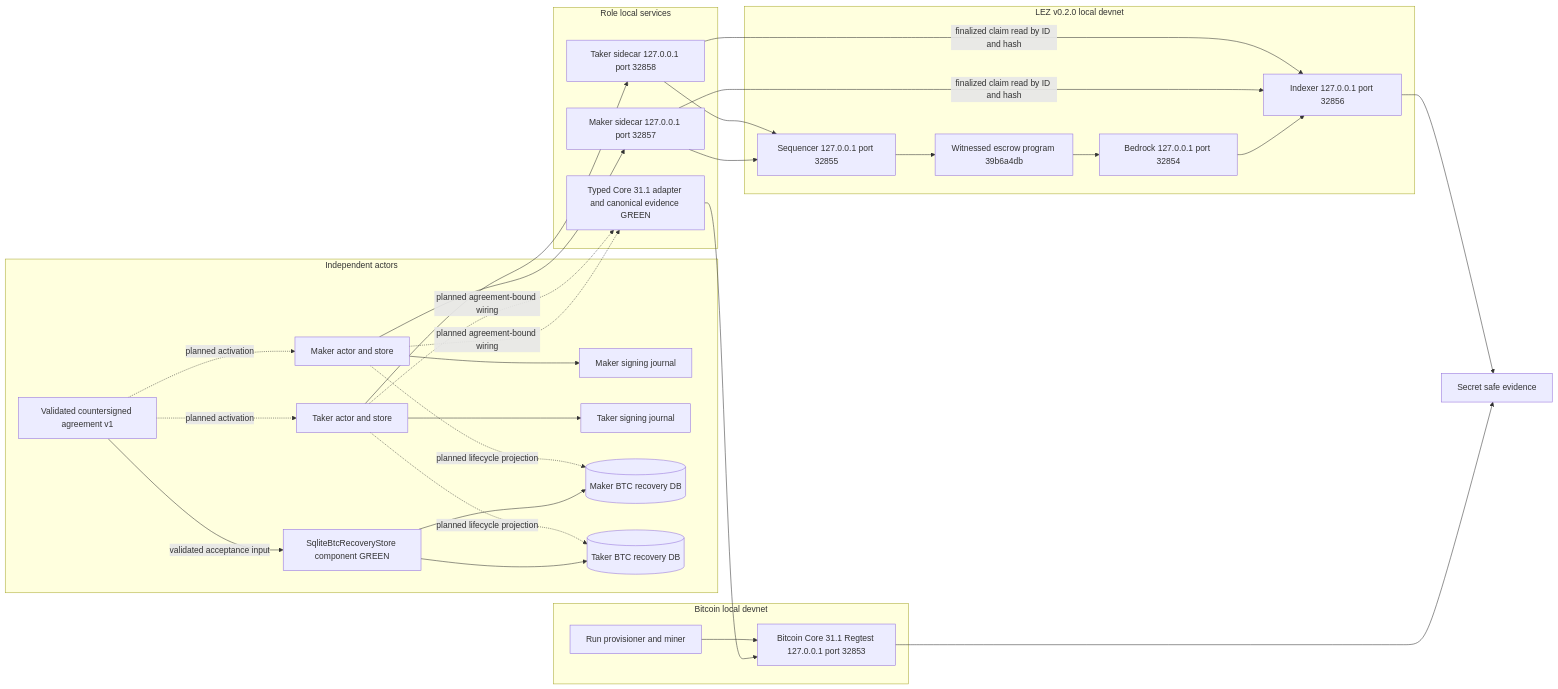
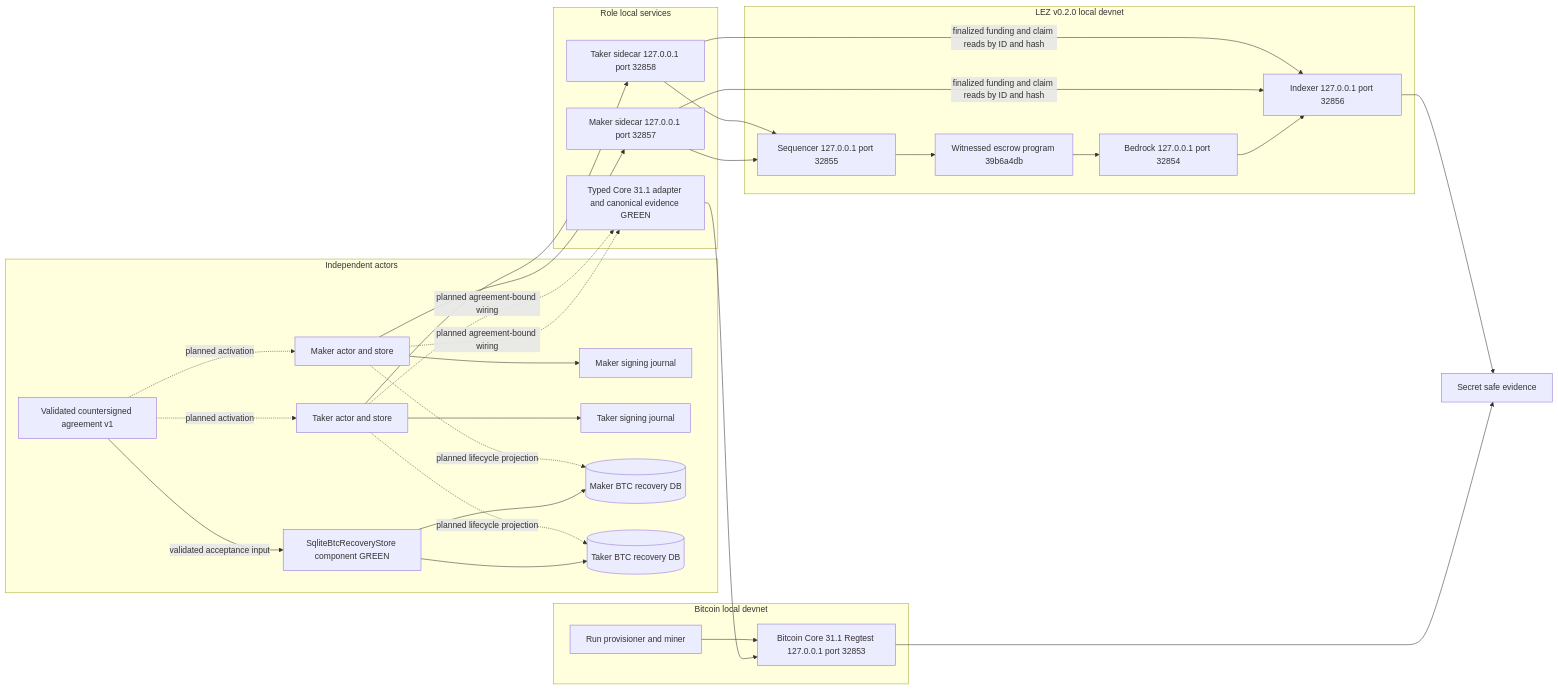
The first of 6 diagrams in docs/architecture/0029-m3-bitcoin-local-poc-entry.md (gateway-fm/lez-atomic-swaps), drawn with Mermaid before and after one commit. The commit also changed other lines of this file and 21 other files, not shown here.

Commit message:
feat: prove finalized LEZ funding before claim

````diff
--- a/docs/architecture/0029-m3-bitcoin-local-poc-entry.md
+++ b/docs/architecture/0029-m3-bitcoin-local-poc-entry.md
@@ -41,56 +41,56 @@
 ```mermaid
 flowchart LR
     subgraph Actors["Independent actors"]
         Agreement["Validated countersigned agreement v1"]
         Maker["Maker actor and store"]
         Taker["Taker actor and store"]
         MakerSigner["Maker signing journal"]
         TakerSigner["Taker signing journal"]
         Recovery["SqliteBtcRecoveryStore component GREEN"]
         MakerRecovery[("Maker BTC recovery DB")]
         TakerRecovery[("Taker BTC recovery DB")]
         Maker --> MakerSigner
         Taker --> TakerSigner
         Agreement -->|"validated acceptance input"| Recovery
         Recovery --> MakerRecovery
         Recovery --> TakerRecovery
         Maker -. planned lifecycle projection .-> MakerRecovery
         Taker -. planned lifecycle projection .-> TakerRecovery
         Agreement -. planned activation .-> Maker
         Agreement -. planned activation .-> Taker
     end
 
     subgraph RoleServices["Role local services"]
         MakerSidecar["Maker sidecar 127.0.0.1 port 32857"]
         TakerSidecar["Taker sidecar 127.0.0.1 port 32858"]
         CoreAdapter["Typed Core 31.1 adapter and canonical evidence GREEN"]
     end
 
     subgraph Bitcoin["Bitcoin local devnet"]
         Core["Bitcoin Core 31.1 Regtest 127.0.0.1 port 32853"]
         Miner["Run provisioner and miner"]
     end
 
     subgraph Lez["LEZ v0.2.0 local devnet"]
         Sequencer["Sequencer 127.0.0.1 port 32855"]
         Indexer["Indexer 127.0.0.1 port 32856"]
         Bedrock["Bedrock 127.0.0.1 port 32854"]
         Guest["Witnessed escrow program 39b6a4db"]
         Sequencer --> Guest
         Guest --> Bedrock
         Bedrock --> Indexer
     end
 
     Maker --> MakerSidecar
     Taker --> TakerSidecar
     MakerSidecar --> Sequencer
-    MakerSidecar -->|"finalized claim read by ID and hash"| Indexer
+    MakerSidecar -->|"finalized funding and claim reads by ID and hash"| Indexer
     TakerSidecar --> Sequencer
-    TakerSidecar -->|"finalized claim read by ID and hash"| Indexer
+    TakerSidecar -->|"finalized funding and claim reads by ID and hash"| Indexer
     Maker -. planned agreement-bound wiring .-> CoreAdapter
     Taker -. planned agreement-bound wiring .-> CoreAdapter
     CoreAdapter --> Core
     Miner --> Core
     Core --> Evidence["Secret safe evidence"]
     Indexer --> Evidence
 ```
````
